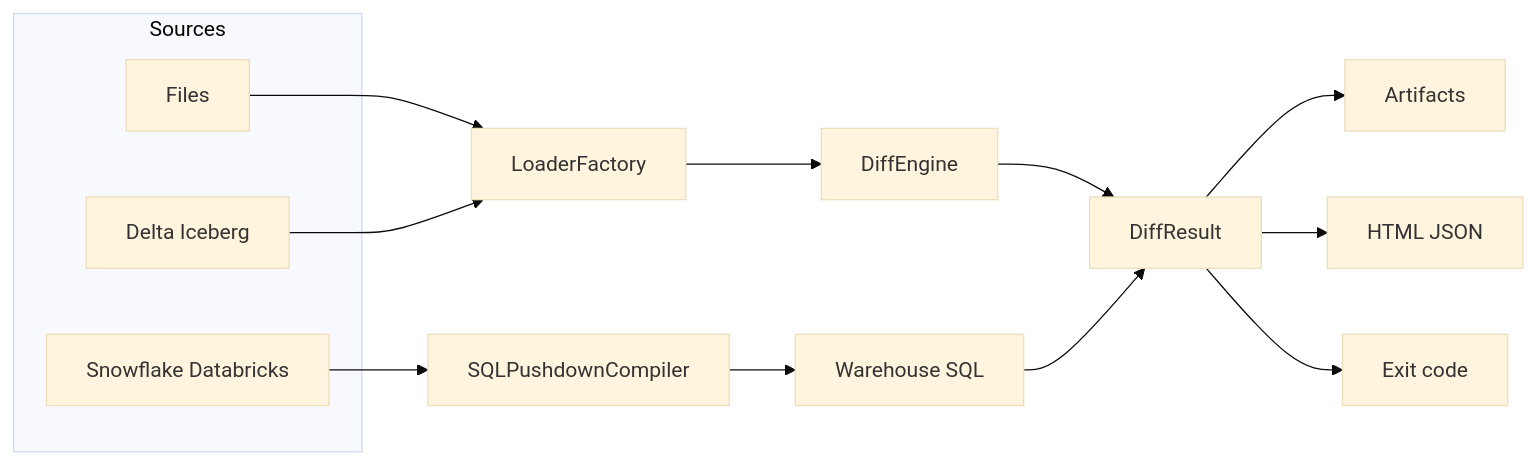
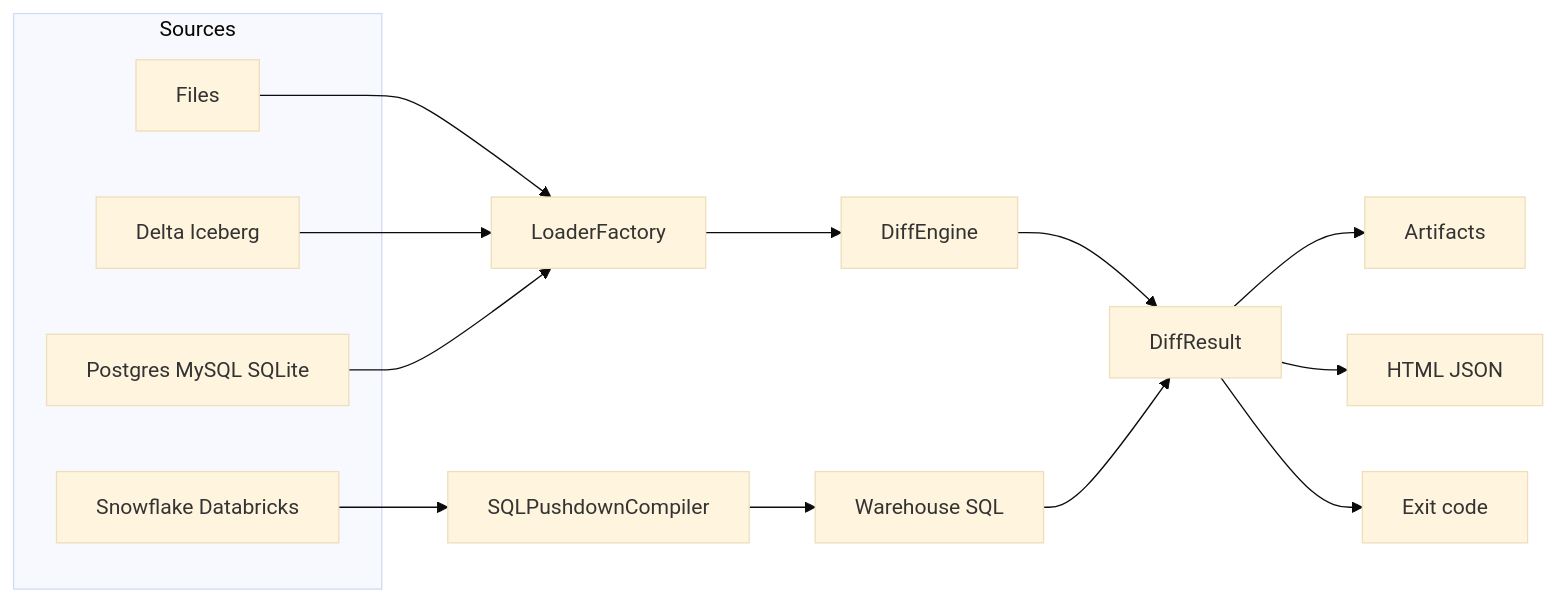
One commit to Veridelta/veridelta changed the diagram in README.md. Above: the diagram before and after it, drawn with Mermaid (base theme). The commit also changed other lines of this file and 27 other files, not shown here.

````diff
--- a/README.md
+++ b/README.md
@@ -33,18 +33,20 @@
 ```mermaid
 flowchart LR
   subgraph sources [Sources]
     files[Files]
     lakehouse[Delta Iceberg]
+    databases[Postgres MySQL SQLite]
     warehouse[Snowflake Databricks]
   end
   files --> loader[LoaderFactory]
   lakehouse --> loader
+  databases --> loader
   warehouse --> compiler[SQLPushdownCompiler]
   loader --> engine["DiffEngine"]
   engine --> result[DiffResult]
   compiler --> warehouseSql[Warehouse SQL]
   warehouseSql --> result
   result --> artifacts[Artifacts]
   result --> reports["HTML JSON"]
   result --> exitCode[Exit code]
 ```
````
